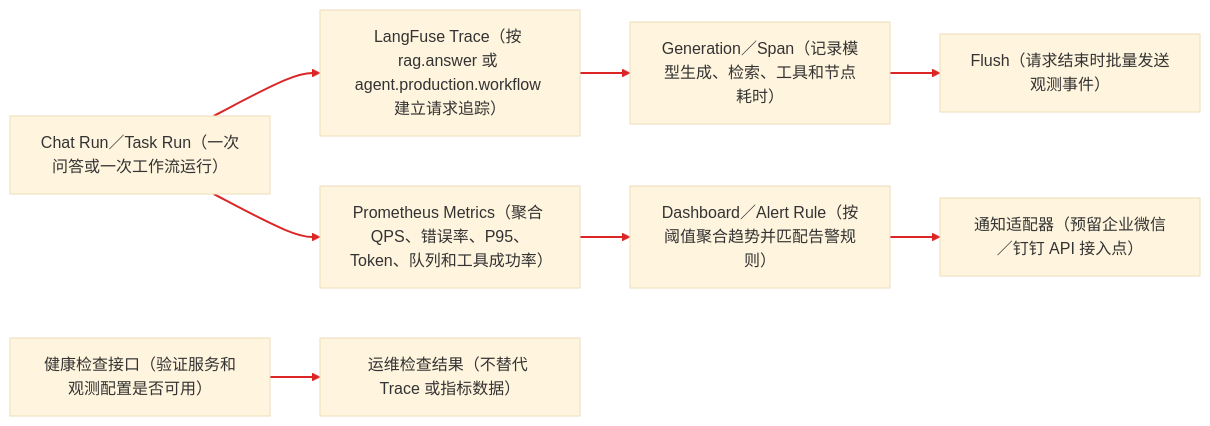
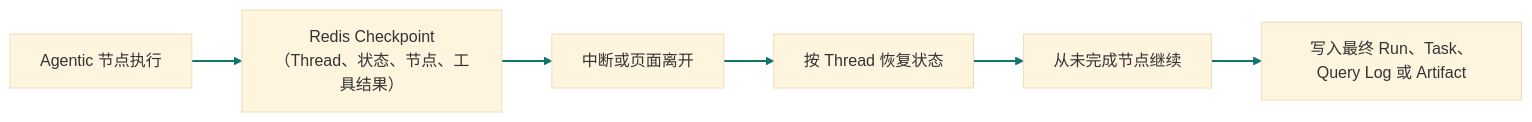
Diagram 12 of 16 in docs/interview/功能步骤流程.md (monstereatai/RAG), drawn with Mermaid (base theme) before and after one commit. The commit also changed other lines of this file and 3 other files, not shown here.

````diff
--- a/docs/interview/功能步骤流程.md
+++ b/docs/interview/功能步骤流程.md
@@ -1789,11 +407,9 @@
 ```mermaid
 flowchart LR
- A[Chat Run／Task Run（一次问答或一次工作流运行）] --> B[LangFuse Trace（按 rag.answer 或 agent.production.workflow 建立请求追踪）]
-  B --> C[Generation／Span（记录模型生成、检索、工具和节点耗时）]
-  C --> D[Flush（请求结束时批量发送观测事件）]
-  A --> E[Prometheus Metrics（聚合 QPS、错误率、P95、Token、队列和工具成功率）]
-  E --> F[Dashboard／Alert Rule（按阈值聚合趋势并匹配告警规则）]
-  F --> G[通知适配器（预留企业微信／钉钉 API 接入点）]
-  H[健康检查接口（验证服务和观测配置是否可用）] --> I[运维检查结果（不替代 Trace 或指标数据）]
-  linkStyle 0,1,2,3,4,5,6 stroke:#dc2626,stroke-width:2px
+  A[Agentic 节点执行] --> B[Redis Checkpoint（Thread、状态、节点、工具结果）]
+  B --> C[中断或页面离开]
+  C --> D[按 Thread 恢复状态]
+  D --> E[从未完成节点继续]
+  E --> F[写入最终 Run、Task、Query Log 或 Artifact]
+  linkStyle 0,1,2,3,4 stroke:#0f766e,stroke-width:2px
 ```
````
